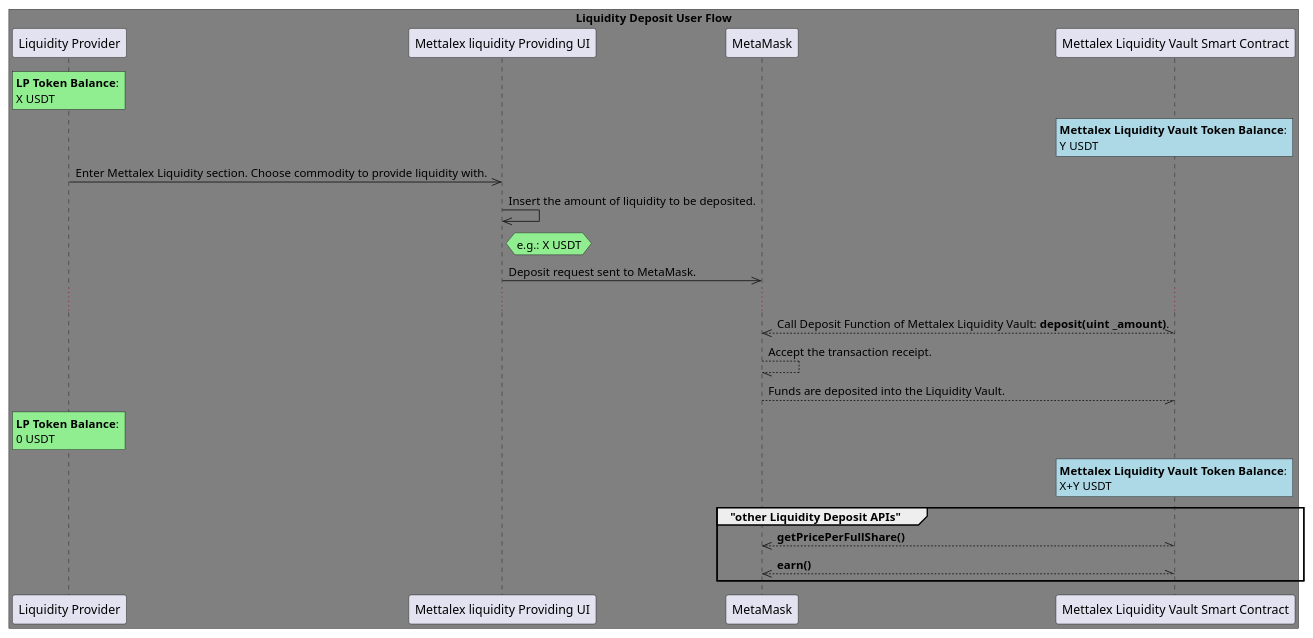
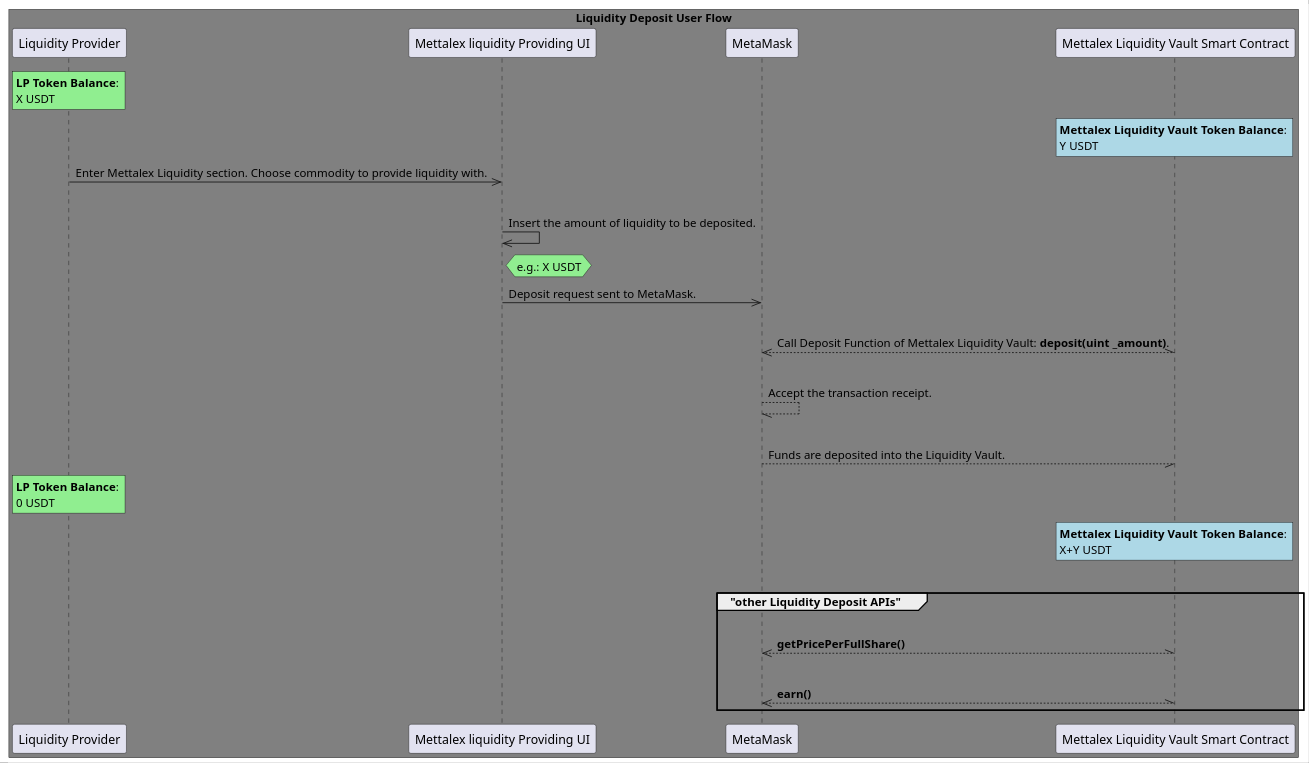
Before and after one commit to fetchai/mettalex-documentation: the diagram in PlantUML and png diagrams/Deposit APIs.puml, drawn with PlantUML. The commit also changed 4 other files, not shown here.

Commit message:
PlantUML Diagrams

```diff
--- a/PlantUML and png diagrams/Deposit APIs.puml
+++ b/PlantUML and png diagrams/Deposit APIs.puml
@@ -1,35 +1,40 @@
 @startuml
 
 box "Liquidity Deposit User Flow" #grey
 participant "Liquidity Provider" as LP
 participant "Mettalex liquidity Providing UI" as LPUI
 participant "MetaMask" as MM
 participant "Mettalex Liquidity Vault Smart Contract" as LVSC
 
 end box
 
 rnote over LP #lightgreen: **LP Token Balance**: \nX USDT
 rnote over LVSC #lightblue: **Mettalex Liquidity Vault Token Balance**: \nY USDT
 
 LP ->> LPUI: Enter Mettalex Liquidity section. Choose commodity to provide liquidity with.
+|||
 LPUI ->> LPUI: Insert the amount of liquidity to be deposited.
 
 hnote right of LPUI #lightgreen: e.g.: X USDT
 
 LPUI ->> MM: Deposit request sent to MetaMask.
-...
+|||
 MM //--\\ LVSC: Call Deposit Function of Mettalex Liquidity Vault: **deposit(uint _amount)**.
+|||
 MM --// MM: Accept the transaction receipt.
+|||
 MM --// LVSC:  Funds are deposited into the Liquidity Vault.
 
 rnote over LP #lightgreen: **LP Token Balance**: \n0 USDT
 rnote over LVSC #lightblue: **Mettalex Liquidity Vault Token Balance**: \nX+Y USDT
-
+|||
 group "other Liquidity Deposit APIs"
+|||
 MM //--\\ LVSC: **getPricePerFullShare()**
+|||
 MM //--\\ LVSC: **earn()**
 
 end group
 
 
 @enduml
```
